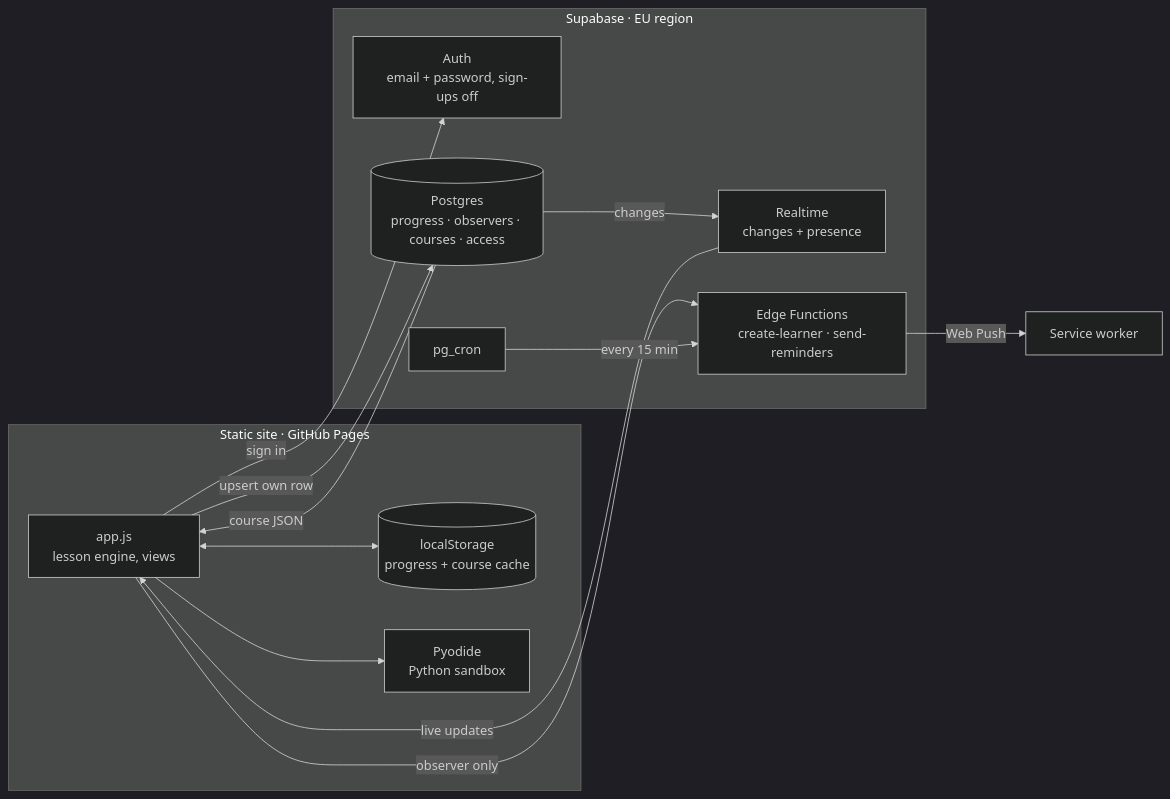
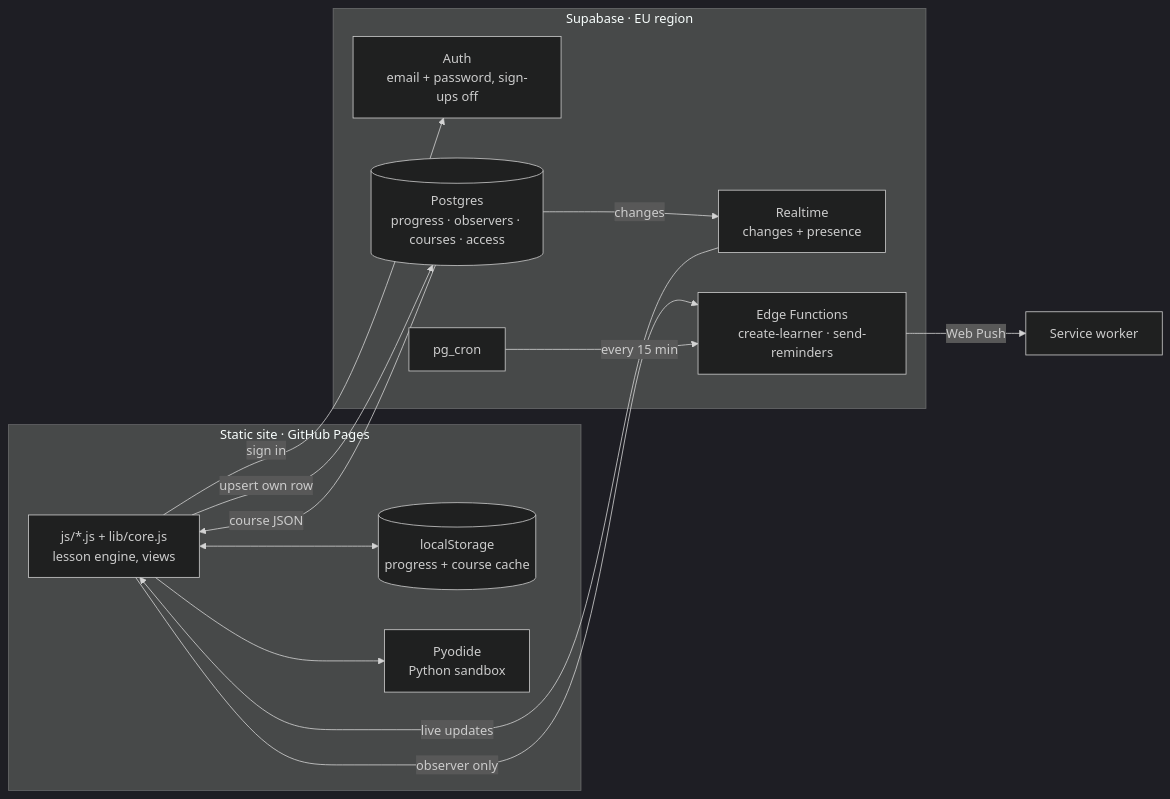
One commit to RuslanBaatyrbekov/pulse-learning changed the diagram in README.md. Above: the diagram before and after it, drawn with Mermaid (dark theme). The commit also changed other lines of this file and 46 other files, not shown here.

````diff
--- a/README.md
+++ b/README.md
@@ -54,25 +54,25 @@
 ```mermaid
 flowchart LR
     subgraph Client["Static site · GitHub Pages"]
-        UI[app.js<br/>lesson engine, views]
+        UI[js/*.js + lib/core.js<br/>lesson engine, views]
         LS[(localStorage<br/>progress + course cache)]
         PY[Pyodide<br/>Python sandbox]
     end
 
     subgraph Supabase["Supabase · EU region"]
         AUTH[Auth<br/>email + password, sign-ups off]
         PG[(Postgres<br/>progress · observers · courses · access)]
         RT[Realtime<br/>changes + presence]
         FN[Edge Functions<br/>create-learner · send-reminders]
         CRON[pg_cron]
     end
 
     UI <--> LS
     UI --> PY
     UI -- sign in --> AUTH
     UI -- upsert own row --> PG
     PG -- course JSON --> UI
     PG -- changes --> RT -- live updates --> UI
     UI -- observer only --> FN
     CRON -- every 15 min --> FN -- Web Push --> SW[Service worker]
 ```
````
